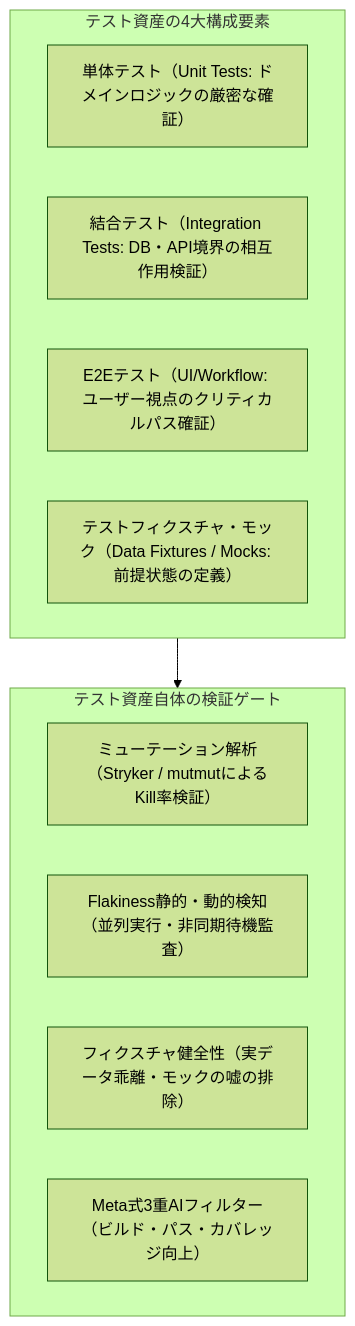
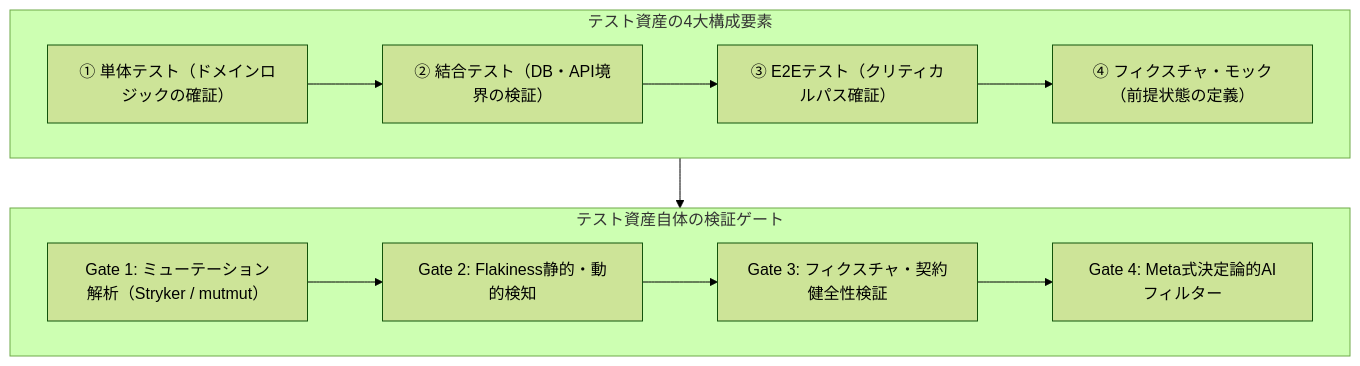
The first of 5 diagrams in manuscript/09_chapter9.md (AnaharaYasuo/product-quality-management-book), drawn with Mermaid (forest theme) before and after one commit. The commit also changed other lines of this file and 32 other files, not shown here.

````diff
--- a/manuscript/09_chapter9.md
+++ b/manuscript/09_chapter9.md
@@ -14,18 +14,12 @@
 ```mermaid
 flowchart TD
     subgraph TestArtifacts["テスト資産の4大構成要素"]
-        A1["単体テスト（Unit Tests: ドメインロジックの厳密な確証）"]
-        A2["結合テスト（Integration Tests: DB・API境界の相互作用検証）"]
-        A3["E2Eテスト（UI/Workflow: ユーザー視点のクリティカルパス確証）"]
-        A4["テストフィクスチャ・モック（Data Fixtures / Mocks: 前提状態の定義）"]
+        A1["① 単体テスト（ドメインロジックの確証）"] --> A2["② 結合テスト（DB・API境界の検証）"]
+        A2 --> A3["③ E2Eテスト（クリティカルパス確証）"] --> A4["④ フィクスチャ・モック（前提状態の定義）"]
     end
-
     subgraph QualityGates["テスト資産自体の検証ゲート"]
-        G1["ミューテーション解析（Stryker / mutmutによるKill率検証）"]
-        G2["Flakiness静的・動的検知（並列実行・非同期待機監査）"]
-        G3["フィクスチャ健全性（実データ乖離・モックの嘘の排除）"]
-        G4["Meta式3重AIフィルター（ビルド・パス・カバレッジ向上）"]
+        G1["Gate 1: ミューテーション解析（Stryker / mutmut）"] --> G2["Gate 2: Flakiness静的・動的検知"]
+        G2 --> G3["Gate 3: フィクスチャ・契約健全性検証"] --> G4["Gate 4: Meta式決定論的AIフィルター"]
     end
-
     TestArtifacts --> QualityGates
 ```
````
